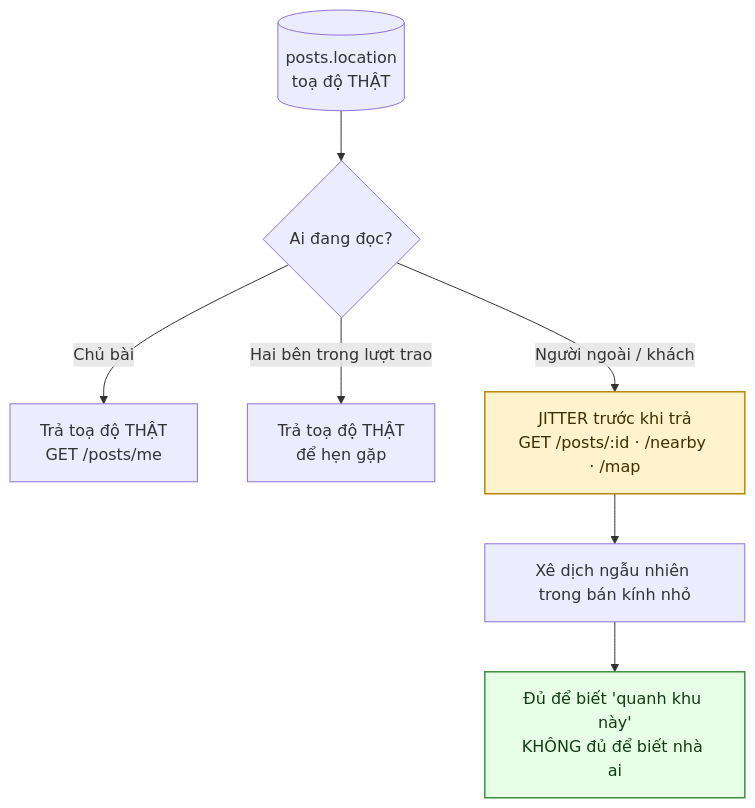
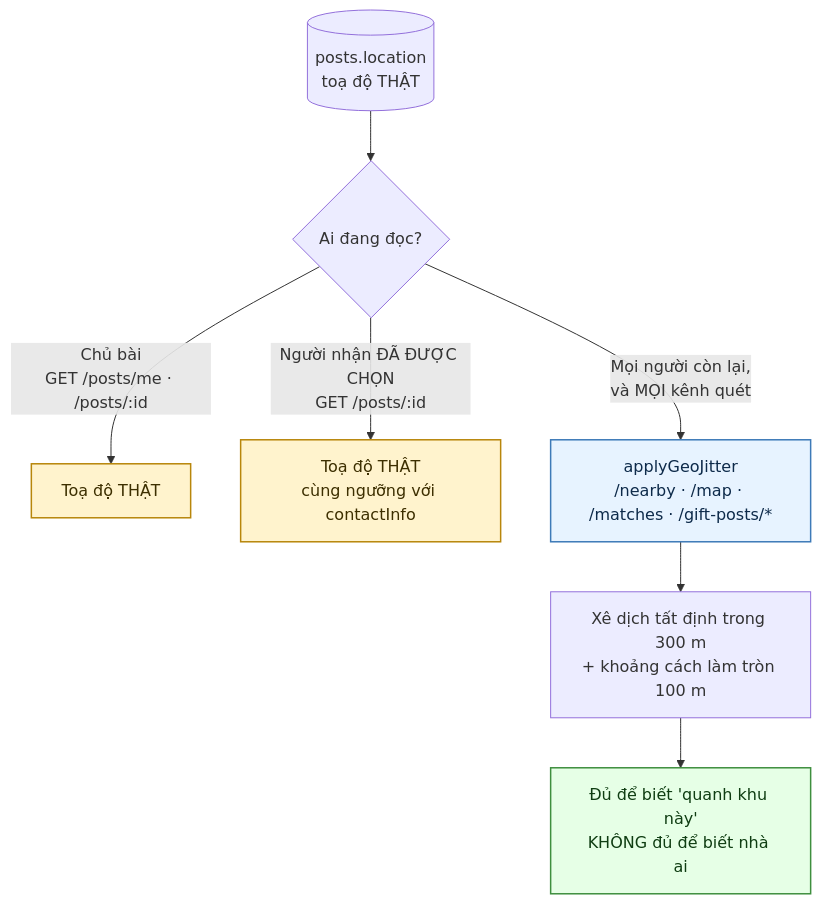
The first of 6 diagrams in docs/diagram/25-location-privacy.md (fdshn/trueheart), drawn with Mermaid before and after one commit. The commit also changed other lines of this file and 8 other files, not shown here.

````diff
--- a/docs/diagram/25-location-privacy.md
+++ b/docs/diagram/25-location-privacy.md
@@ -9,13 +9,15 @@
 ```mermaid
 flowchart TD
     A[(posts.location<br/>toạ độ THẬT)] --> B{Ai đang đọc?}
-    B -->|Chủ bài| C["Trả toạ độ THẬT<br/>GET /posts/me"]
-    B -->|Hai bên trong lượt trao| D["Trả toạ độ THẬT<br/>để hẹn gặp"]
-    B -->|Người ngoài / khách| E["JITTER trước khi trả<br/>GET /posts/:id · /nearby · /map"]
+    B -->|"Chủ bài<br/>GET /posts/me · /posts/:id"| C["Toạ độ THẬT"]
+    B -->|"Người nhận ĐÃ ĐƯỢC CHỌN<br/>GET /posts/:id"| D["Toạ độ THẬT<br/>cùng ngưỡng với contactInfo"]
+    B -->|"Mọi người còn lại,<br/>và MỌI kênh quét"| E["applyGeoJitter<br/>/nearby · /map · /matches · /gift-posts/*"]
 
-    E --> F["Xê dịch ngẫu nhiên trong bán kính nhỏ"]
+    E --> F["Xê dịch tất định trong 300 m<br/>+ khoảng cách làm tròn 100 m"]
     F --> G["Đủ để biết 'quanh khu này'<br/>KHÔNG đủ để biết nhà ai"]
 
-    style E fill:#fff3cd,stroke:#b8860b,stroke-width:1.5px,color:#3d2f00
+    style C fill:#fff3cd,stroke:#b8860b,stroke-width:1.5px,color:#3d2f00
+    style D fill:#fff3cd,stroke:#b8860b,stroke-width:1.5px,color:#3d2f00
+    style E fill:#e7f3ff,stroke:#3d7ab8,stroke-width:1.5px,color:#0d2a4a
     style G fill:#e6ffe6,stroke:#3f8f3f,stroke-width:1.5px,color:#0f3d12
 ```
````
